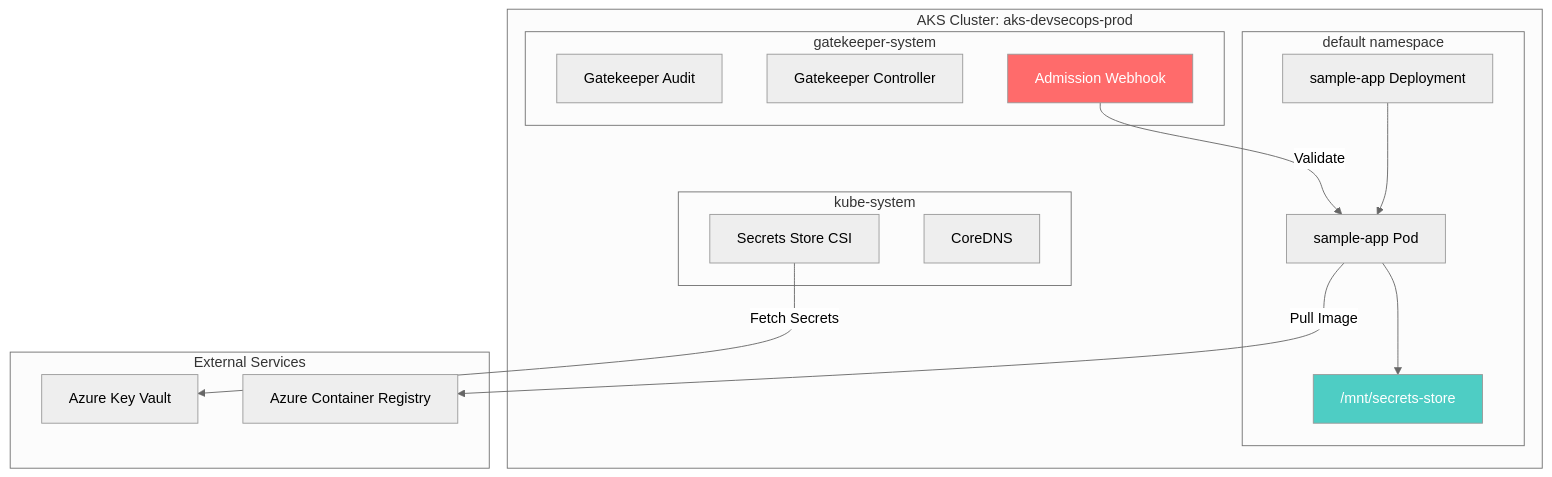
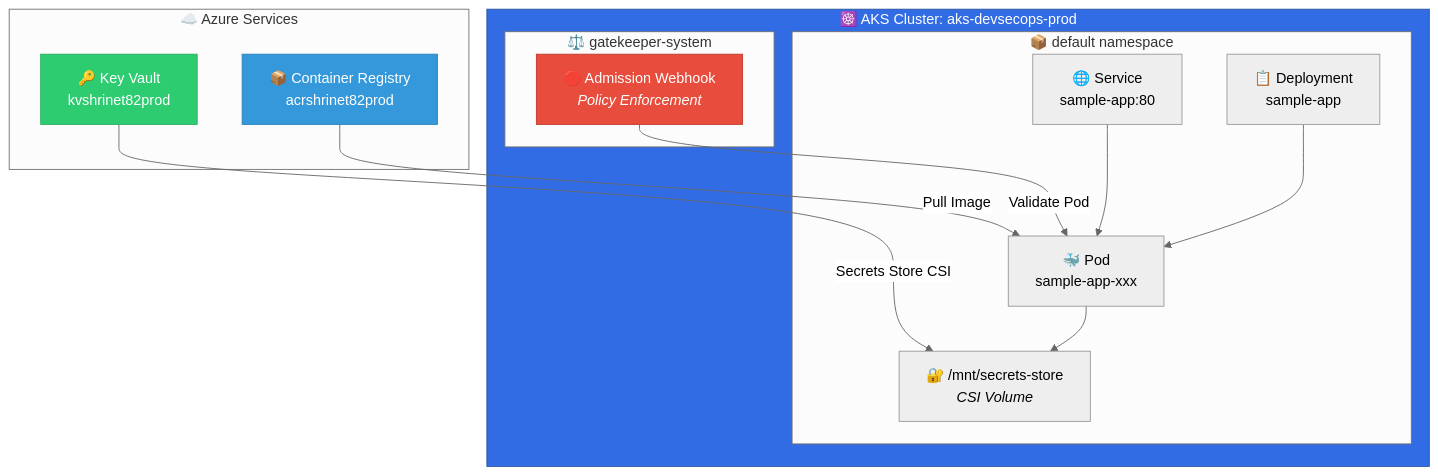
Before and after one commit to Shrinet82/zero-trust-devsecops: the third of 3 diagrams in README.md, drawn with Mermaid (neutral theme). The commit also changed other lines of this file and 1 other file, not shown here.

Commit message:
docs: Complete README refactor with 5-stage pipeline diagrams

````diff
--- a/README.md
+++ b/README.md
@@ -227,35 +121,33 @@
 ```mermaid
 graph TB
-    subgraph AKS["AKS Cluster: aks-devsecops-prod"]
-        subgraph SystemNS["kube-system"]
-            CSI[Secrets Store CSI]
-            COREDNS[CoreDNS]
+    subgraph AKS["☸️ AKS Cluster: aks-devsecops-prod"]
+        subgraph NS["📦 default namespace"]
+            SVC["🌐 Service<br/>sample-app:80"]
+            DEP["📋 Deployment<br/>sample-app"]
+            POD["🐳 Pod<br/>sample-app-xxx"]
+            VOL["🔐 /mnt/secrets-store<br/><i>CSI Volume</i>"]
+
+            SVC --> POD
+            DEP --> POD
+            POD --> VOL
         end
 
-        subgraph GatekeeperNS["gatekeeper-system"]
-            AUDIT[Gatekeeper Audit]
-            CONTROLLER[Gatekeeper Controller]
-            WEBHOOK[Admission Webhook]
-        end
-
-        subgraph DefaultNS["default namespace"]
-            DEPLOY[sample-app Deployment]
-            POD[sample-app Pod]
-            SECRET_VOL["/mnt/secrets-store"]
-            DEPLOY --> POD
-            POD --> SECRET_VOL
+        subgraph GK["⚖️ gatekeeper-system"]
+            WEBHOOK["🛑 Admission Webhook<br/><i>Policy Enforcement</i>"]
         end
     end
 
-    subgraph External["External Services"]
-        KV2[Azure Key Vault]
-        ACR2[Azure Container Registry]
+    subgraph Azure["☁️ Azure Services"]
+        KV["🔑 Key Vault<br/>kvshrinet82prod"]
+        ACR["📦 Container Registry<br/>acrshrinet82prod"]
     end
 
-    CSI -->|Fetch Secrets| KV2
-    POD -->|Pull Image| ACR2
-    WEBHOOK -->|Validate| POD
+    KV -->|"Secrets Store CSI"| VOL
+    ACR -->|"Pull Image"| POD
+    WEBHOOK -->|"Validate Pod"| POD
 
-    style WEBHOOK fill:#ff6b6b,color:#fff
-    style SECRET_VOL fill:#4ecdc4,color:#fff
+    style AKS fill:#326ce5,stroke:#2854a0,color:#fff
+    style KV fill:#2ecc71,stroke:#27ae60,color:#fff
+    style ACR fill:#3498db,stroke:#2980b9,color:#fff
+    style WEBHOOK fill:#e74c3c,stroke:#c0392b,color:#fff
 ```
````
